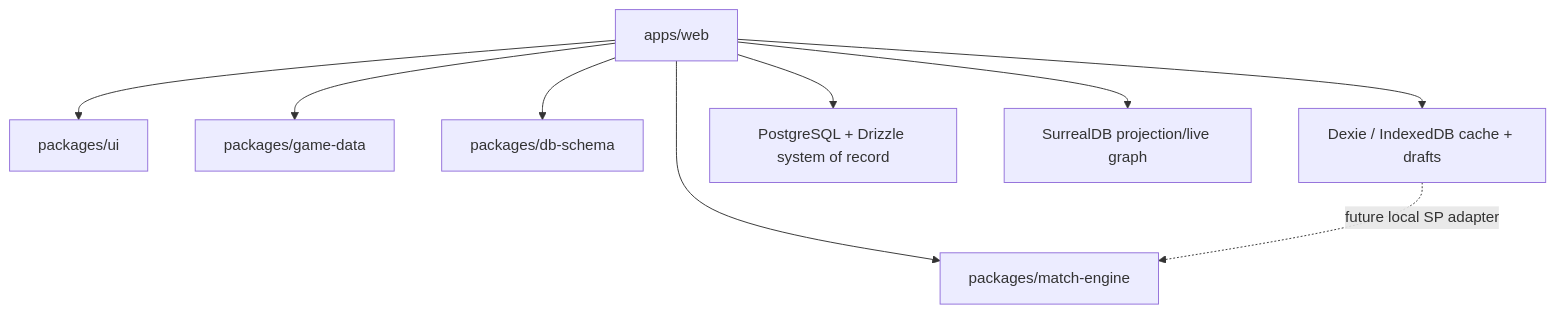
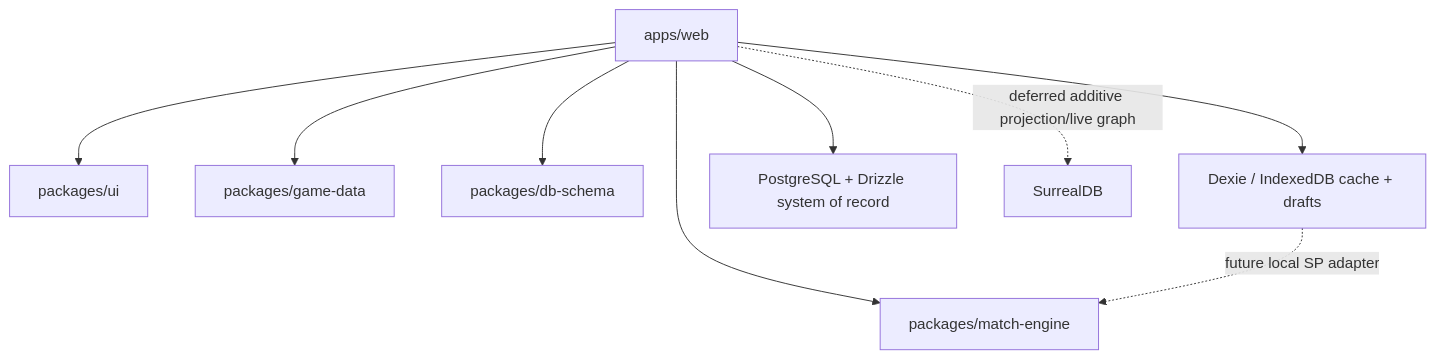
One commit to EtroxTaran/klubhaus-elf changed the first of 2 diagrams in docs/10-Architecture/05-Building-Blocks.md. Above: the diagram before and after it, drawn with Mermaid. The commit also changed 120 other files, not shown here.

````diff
--- a/docs/10-Architecture/05-Building-Blocks.md
+++ b/docs/10-Architecture/05-Building-Blocks.md
@@ -19,11 +19,11 @@
 ```mermaid
 flowchart TB
   Web[apps/web] --> UI[packages/ui]
   Web --> Data[packages/game-data]
   Web --> Schema[packages/db-schema]
   Web --> Engine[packages/match-engine]
   Web --> Dexie[Dexie / IndexedDB cache + drafts]
   Web --> Postgres[PostgreSQL + Drizzle system of record]
-  Web --> Surreal[SurrealDB projection/live graph]
+  Web -. deferred additive projection/live graph .-> Surreal[SurrealDB]
   Dexie -. future local SP adapter .-> Engine
 ```
````
